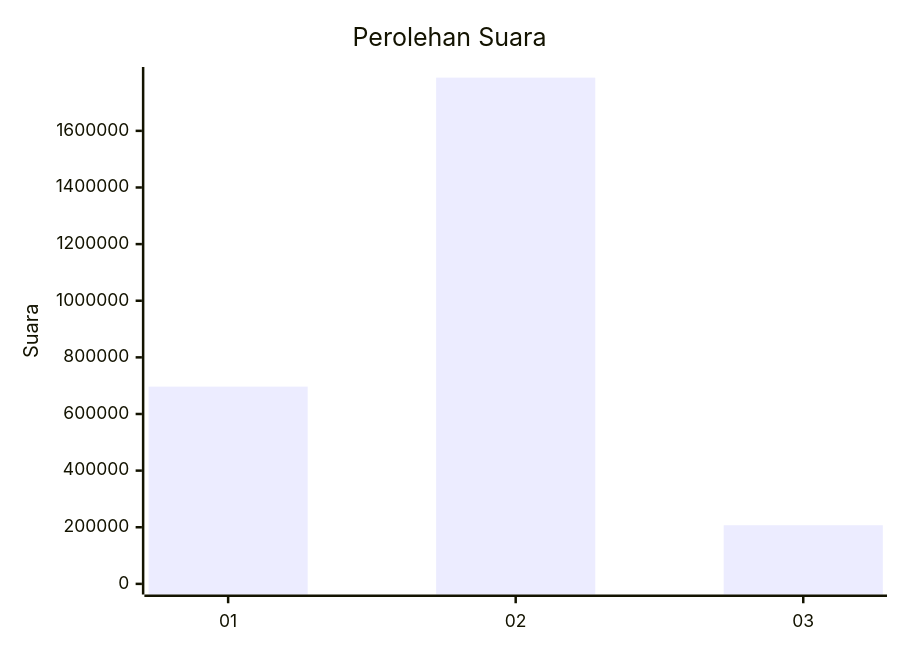
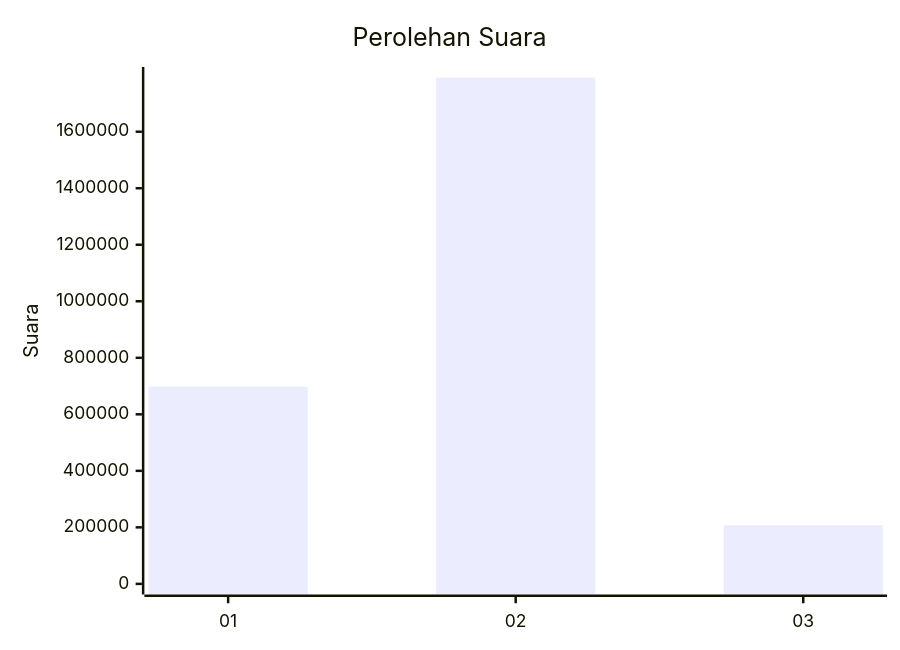
One commit to gigit-pemilu/pemilu-2024 changed the first of 2 diagrams in pilpres/hitung-suara/sub/table-wilayah-52.md. Above: the diagram before and after it, drawn with Mermaid. The commit also changed other lines of this file and 10 other files, not shown here.

````diff
--- a/pilpres/hitung-suara/sub/table-wilayah-52.md
+++ b/pilpres/hitung-suara/sub/table-wilayah-52.md
@@ -7,7 +7,7 @@
 ```mermaid
 xychart-beta
     title "Perolehan Suara"
     x-axis [01, 02, 03]
-    y-axis "Suara" 0 --> 1787993
-    bar [696700, 1787993, 207180]
+    y-axis "Suara" 0 --> 1791397
+    bar [698151, 1791397, 207545]
 ```
````
